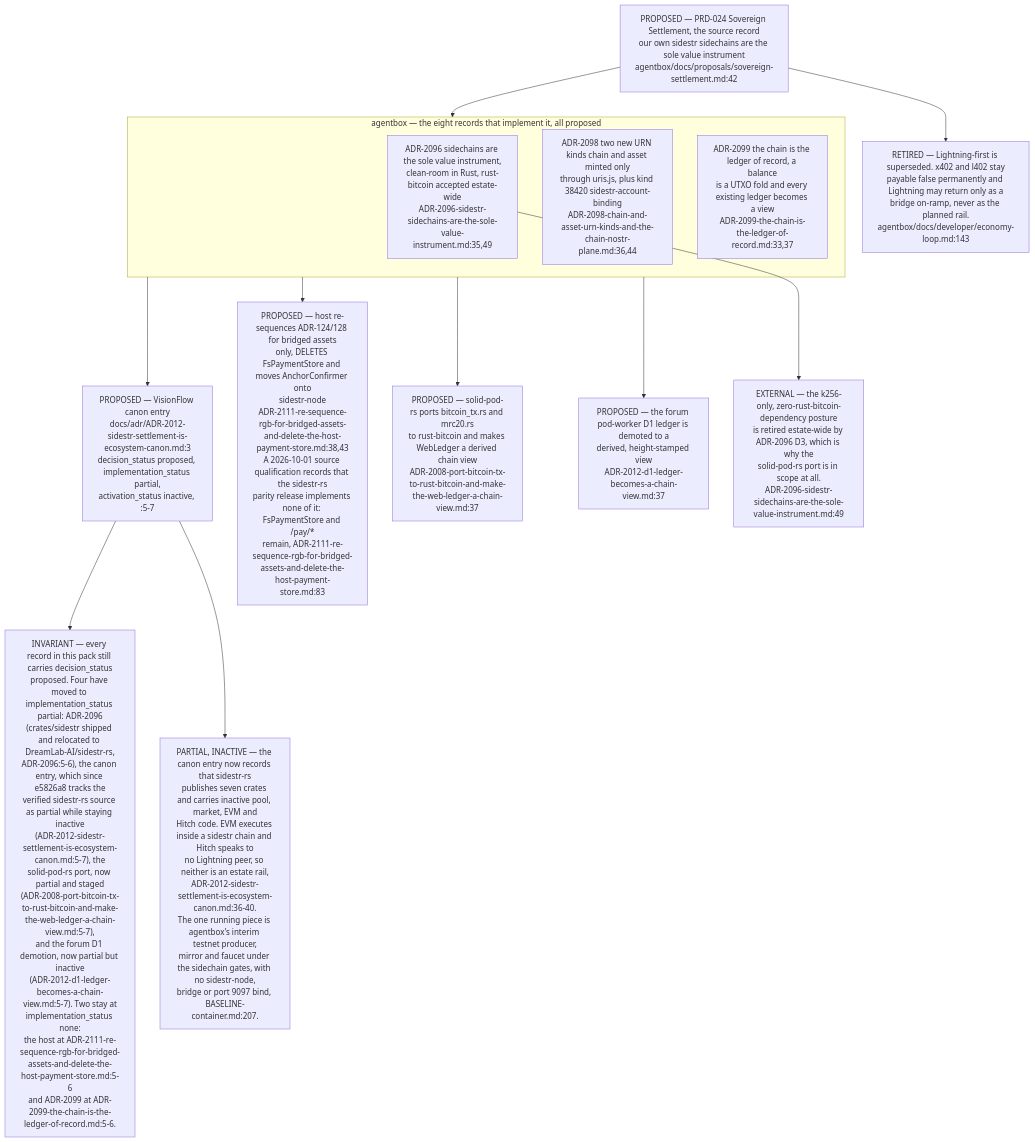
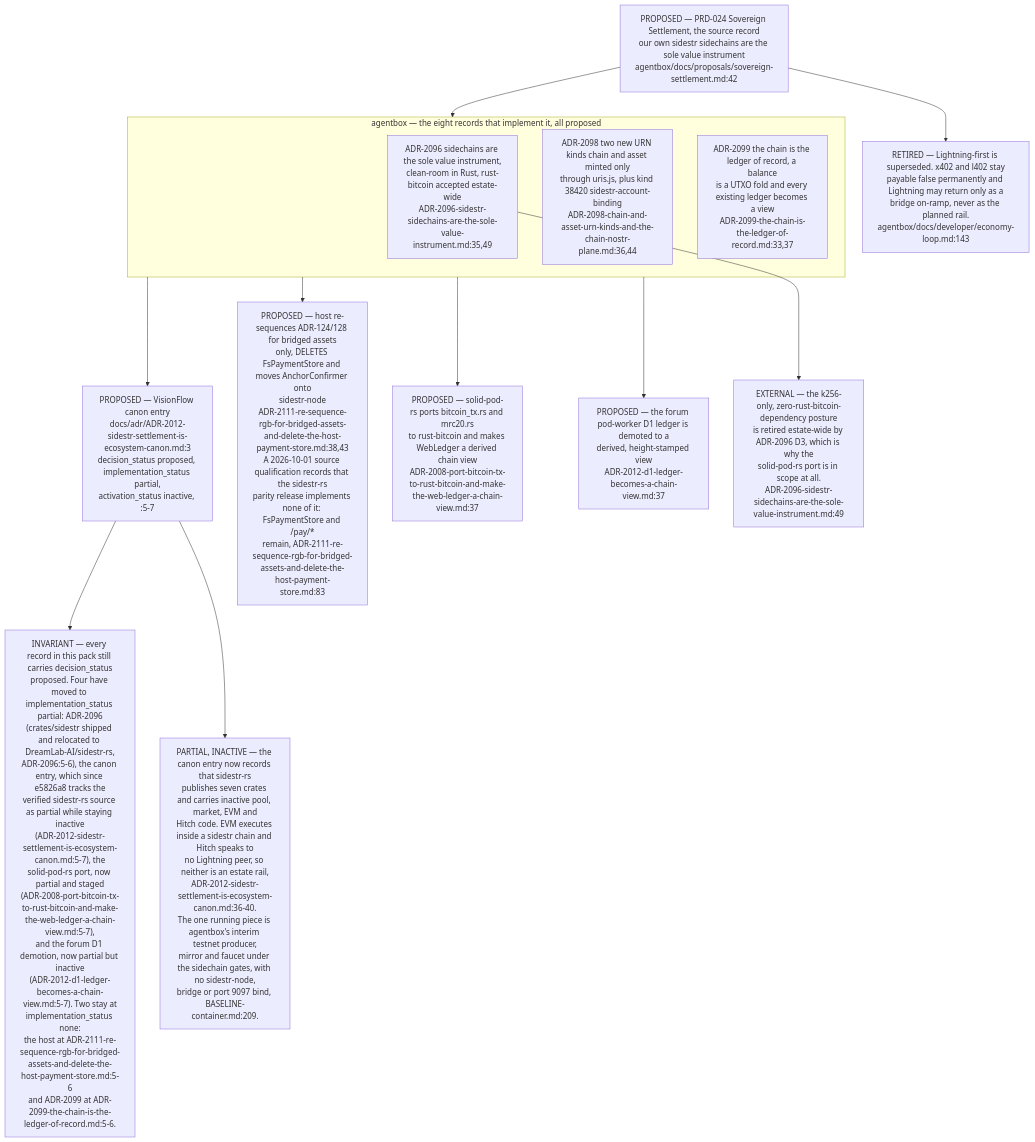
One commit to DreamLab-AI/VisionFlow changed diagram 11 of 12 in docs/diagrams/estate/03-cross-repo-federation-contract.md. Above: the diagram before and after it, drawn with Mermaid. The commit also changed other lines of this file and 145 other files, not shown here.

````diff
--- a/docs/diagrams/estate/03-cross-repo-federation-contract.md
+++ b/docs/diagrams/estate/03-cross-repo-federation-contract.md
@@ -449,32 +449,32 @@
 ```mermaid
 flowchart TB
     PRD["PROPOSED — PRD-024 Sovereign Settlement, the source record<br/>our own sidestr sidechains are the sole value instrument<br/>agentbox/docs/proposals/sovereign-settlement.md:42"]
 
     subgraph AB["agentbox — the eight records that implement it, all proposed"]
         A96["ADR-2096 sidechains are the sole value instrument,<br/>clean-room in Rust, rust-bitcoin accepted estate-wide<br/>ADR-2096-sidestr-sidechains-are-the-sole-value-instrument.md:35,49"]
         A98["ADR-2098 two new URN kinds chain and asset minted only<br/>through uris.js, plus kind 38420 sidestr-account-binding<br/>ADR-2098-chain-and-asset-urn-kinds-and-the-chain-nostr-plane.md:36,44"]
         A99["ADR-2099 the chain is the ledger of record, a balance<br/>is a UTXO fold and every existing ledger becomes a view<br/>ADR-2099-the-chain-is-the-ledger-of-record.md:33,37"]
     end
     PRD --> AB
 
     CANON["PROPOSED — VisionFlow canon entry<br/>docs/adr/ADR-2012-sidestr-settlement-is-ecosystem-canon.md:3<br/>decision_status proposed, implementation_status partial,<br/>activation_status inactive, :5-7"]
     HOST["PROPOSED — host re-sequences ADR-124/128 for bridged assets<br/>only, DELETES FsPaymentStore and moves AnchorConfirmer onto<br/>sidestr-node<br/>ADR-2111-re-sequence-rgb-for-bridged-assets-and-delete-the-host-payment-store.md:38,43<br/>A 2026-10-01 source qualification records that the sidestr-rs<br/>parity release implements none of it: FsPaymentStore and /pay/*<br/>remain, ADR-2111-re-sequence-rgb-for-bridged-assets-and-delete-the-host-payment-store.md:83"]
     SPR["PROPOSED — solid-pod-rs ports bitcoin_tx.rs and mrc20.rs<br/>to rust-bitcoin and makes WebLedger a derived chain view<br/>ADR-2008-port-bitcoin-tx-to-rust-bitcoin-and-make-the-web-ledger-a-chain-view.md:37"]
     FRM["PROPOSED — the forum pod-worker D1 ledger is demoted to a<br/>derived, height-stamped view<br/>ADR-2012-d1-ledger-becomes-a-chain-view.md:37"]
 
     AB --> CANON
     AB --> HOST
     AB --> SPR
     AB --> FRM
 
     INV["INVARIANT — every record in this pack still carries decision_status<br/>proposed. Four have moved to implementation_status partial: ADR-2096<br/>(crates/sidestr shipped and relocated to DreamLab-AI/sidestr-rs,<br/>ADR-2096:5-6), the canon entry, which since e5826a8 tracks the<br/>verified sidestr-rs source as partial while staying inactive<br/>(ADR-2012-sidestr-settlement-is-ecosystem-canon.md:5-7), the<br/>solid-pod-rs port, now partial and staged<br/>(ADR-2008-port-bitcoin-tx-to-rust-bitcoin-and-make-the-web-ledger-a-chain-view.md:5-7),<br/>and the forum D1 demotion, now partial but inactive<br/>(ADR-2012-d1-ledger-becomes-a-chain-view.md:5-7). Two stay at<br/>implementation_status none:<br/>the host at ADR-2111-re-sequence-rgb-for-bridged-assets-and-delete-the-host-payment-store.md:5-6<br/>and ADR-2099 at ADR-2099-the-chain-is-the-ledger-of-record.md:5-6."]
     CANON --> INV
-    SRCST["PARTIAL, INACTIVE — the canon entry now records that sidestr-rs<br/>publishes seven crates and carries inactive pool, market, EVM and<br/>Hitch code. EVM executes inside a sidestr chain and Hitch speaks to<br/>no Lightning peer, so neither is an estate rail,<br/>ADR-2012-sidestr-settlement-is-ecosystem-canon.md:36-40.<br/>The one running piece is agentbox's interim testnet producer,<br/>mirror and faucet under the sidechain gates, with no sidestr-node,<br/>bridge or port 9097 bind, BASELINE-container.md:207."]
+    SRCST["PARTIAL, INACTIVE — the canon entry now records that sidestr-rs<br/>publishes seven crates and carries inactive pool, market, EVM and<br/>Hitch code. EVM executes inside a sidestr chain and Hitch speaks to<br/>no Lightning peer, so neither is an estate rail,<br/>ADR-2012-sidestr-settlement-is-ecosystem-canon.md:36-40.<br/>The one running piece is agentbox's interim testnet producer,<br/>mirror and faucet under the sidechain gates, with no sidestr-node,<br/>bridge or port 9097 bind, BASELINE-container.md:209."]
     CANON --> SRCST
 
     RET["RETIRED — Lightning-first is superseded. x402 and l402 stay<br/>payable false permanently and Lightning may return only as a<br/>bridge on-ramp, never as the planned rail.<br/>agentbox/docs/developer/economy-loop.md:143"]
     PRD --> RET
 
     KILL["EXTERNAL — the k256-only, zero-rust-bitcoin-dependency posture<br/>is retired estate-wide by ADR-2096 D3, which is why the<br/>solid-pod-rs port is in scope at all.<br/>ADR-2096-sidestr-sidechains-are-the-sole-value-instrument.md:49"]
     A96 --> KILL
 ```
````
